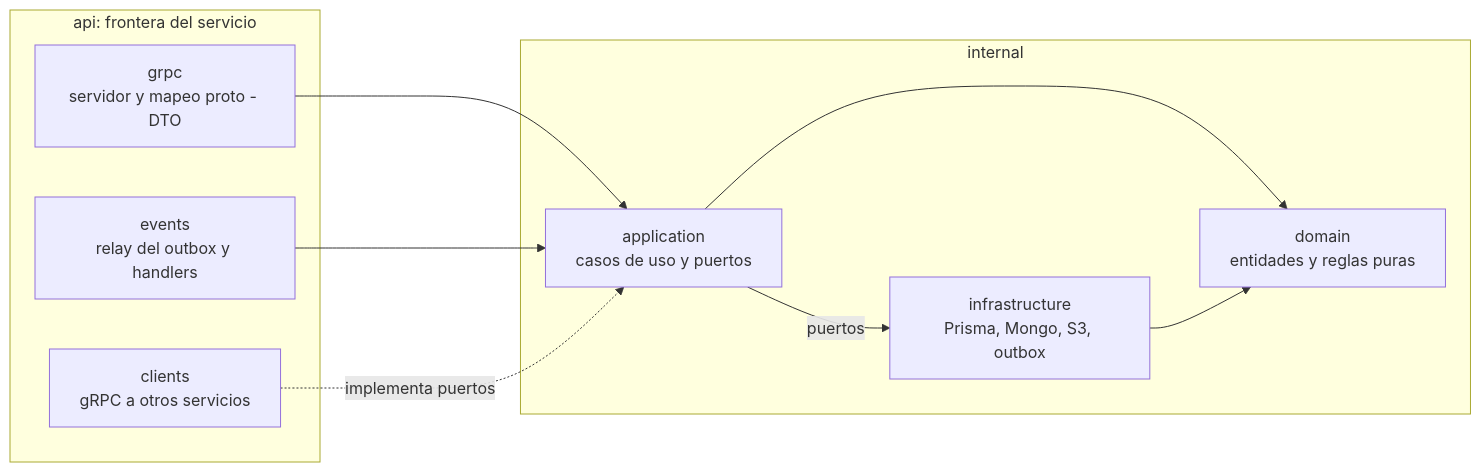
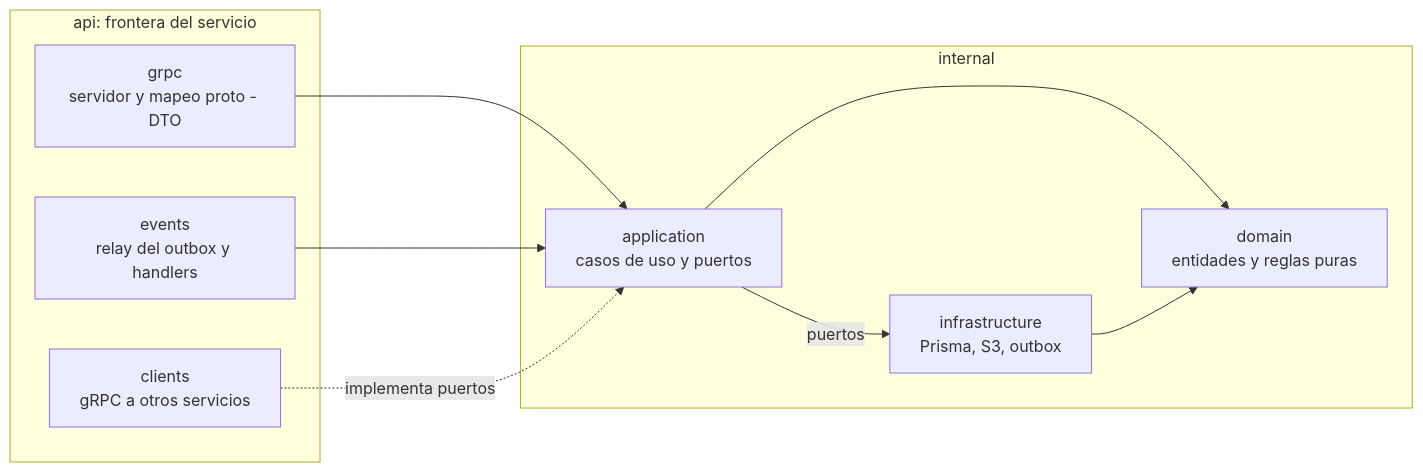
Before and after one commit to Juan-Camilo-Martinez-B/artauction_backend: the second of 7 diagrams in docs/arquitectura/arquitectura.md, drawn with Mermaid. The commit also changed other lines of this file and 4 other files, not shown here.

````diff
--- a/docs/arquitectura/arquitectura.md
+++ b/docs/arquitectura/arquitectura.md
@@ -94,19 +88,19 @@
 ```mermaid
 flowchart LR
   subgraph api[api: frontera del servicio]
     grpc[grpc<br/>servidor y mapeo proto - DTO]
     clients[clients<br/>gRPC a otros servicios]
     events[events<br/>relay del outbox y handlers]
   end
   subgraph internal[internal]
     app[application<br/>casos de uso y puertos]
     domain[domain<br/>entidades y reglas puras]
-    infra[infrastructure<br/>Prisma, Mongo, S3, outbox]
+    infra[infrastructure<br/>Prisma, S3, outbox]
   end
   grpc --> app
   events --> app
   app --> domain
   app -- puertos --> infra
   clients -. implementa puertos .-> app
   infra --> domain
 ```
````
